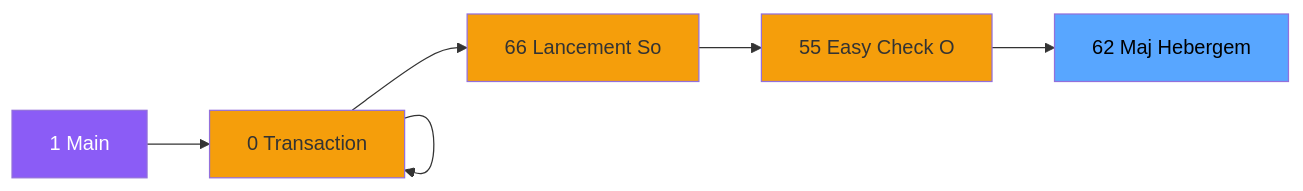
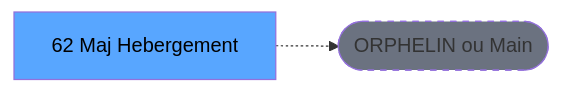
One commit to thonyAGP/lecteur-magic changed the second of 3 diagrams in .openspec/renders/ADH-IDE-62.md. Above: the diagram before and after it, drawn with Mermaid. The commit also changed other lines of this file and 701 other files, not shown here.

````diff
--- a/.openspec/renders/ADH-IDE-62.md
+++ b/.openspec/renders/ADH-IDE-62.md
@@ -113,23 +118,8 @@
 ```mermaid
 graph LR
-    M[1 Main]
-    N0[0 Transaction ]
-    N0[0 Transaction ]
-    N0[0 Transaction ]
-    N66[66 Lancement So]
-    N55[55 Easy Check O]
-    T[62 Maj Hebergem]
-    M --> N0
-    N0 --> N0
-    N0 --> N0
-    N0 --> N66
-    N66 --> N55
-    N55 --> T
-    style M fill:#8b5cf6,color:#fff
-    style N0 fill:#f59e0b
-    style N0 fill:#f59e0b
-    style N0 fill:#f59e0b
-    style N66 fill:#f59e0b
-    style N55 fill:#f59e0b
+    T[62 Maj Hebergement]
+    ORPHAN([ORPHELIN ou Main])
+    T -.-> ORPHAN
     style T fill:#58a6ff,color:#000
+    style ORPHAN fill:#6b7280,stroke-dasharray: 5 5
 ```
````
